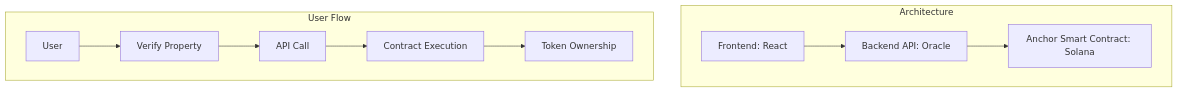
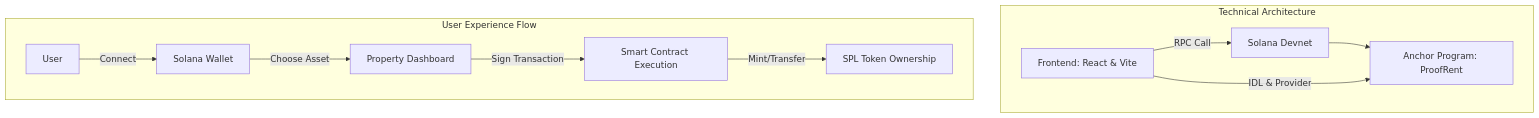
The diagram in README.md (BlazE-09X/Solana_Hakaton), drawn with Mermaid before and after one commit.

Commit message:
Update system architecture and user flow diagrams

````diff
--- a/README.md
+++ b/README.md
@@ -40,14 +40,15 @@
 ```mermaid
 graph TD
-    subgraph Architecture
-        A[Frontend: React] --> B[Backend API: Oracle]
-        B --> C[Anchor Smart Contract: Solana]
+    subgraph "Technical Architecture"
+        A[Frontend: React & Vite] -->|RPC Call| B[Solana Devnet]
+        B --> C[Anchor Program: ProofRent]
+        A -->|IDL & Provider| C
     end
 
-    subgraph "User Flow"
-        U[User] --> V[Verify Property]
-        V --> P[API Call]
-        P --> S[Contract Execution]
-        S --> T[Token Ownership]
+    subgraph "User Experience Flow"
+        U[User] -->|Connect| W[Solana Wallet]
+        W -->|Choose Asset| V[Property Dashboard]
+        V -->|Sign Transaction| S[Smart Contract Execution]
+        S -->|Mint/Transfer| T[SPL Token Ownership]
     end
 ```
````
